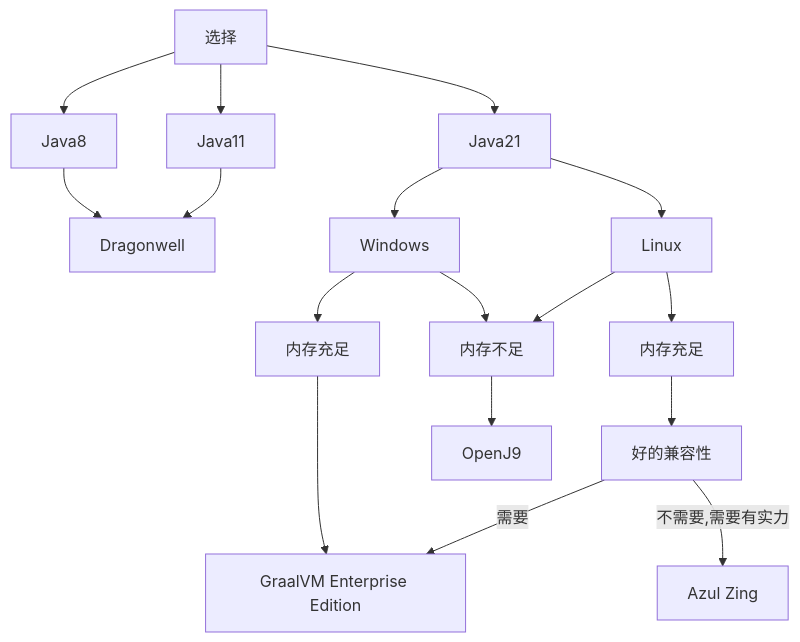
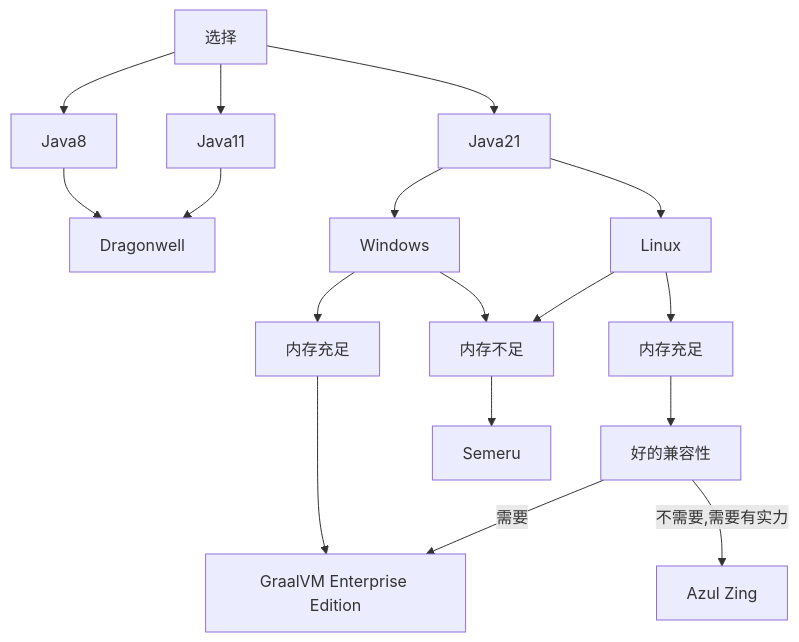
The first of 2 diagrams in src/content/docs/java/advance/optimize/jvm/intro.mdx (Cubic-Project/NitWikit), drawn with Mermaid before and after one commit. The commit also changed 2 other files, not shown here.

Commit message:
更新 Semeru 介绍章节
- 改正描述错误，OpenJ9 为 JVM 而非 JDK 分发，无法直接使用。 Semeru 是包含 OpenJ9 JVM 的 JDK 分发的正确名字
- 改善描述

````diff
--- a/src/content/docs/java/advance/optimize/jvm/intro.mdx
+++ b/src/content/docs/java/advance/optimize/jvm/intro.mdx
@@ -11,20 +11,20 @@
 ```mermaid
 flowchart TD
     A[选择]
     A --> Java8
     A --> Java11
     A --> Java21
     Java8 --> Dragonwell
     Java11 --> Dragonwell
     Java21 --> Windows
     Windows --> 内存充足
     内存充足 --> C[GraalVM Enterprise Edition]
     Windows --> 内存不足
-    内存不足 --> OpenJ9
+    内存不足 --> Semeru
     Java21 --> Linux
     Linux --> 内存不足
     Linux --> D[内存充足]
     D --> 好的兼容性
     好的兼容性 -->|需要| C
     好的兼容性 -->|不需要,需要有实力| E[Azul Zing]
 ```
````
